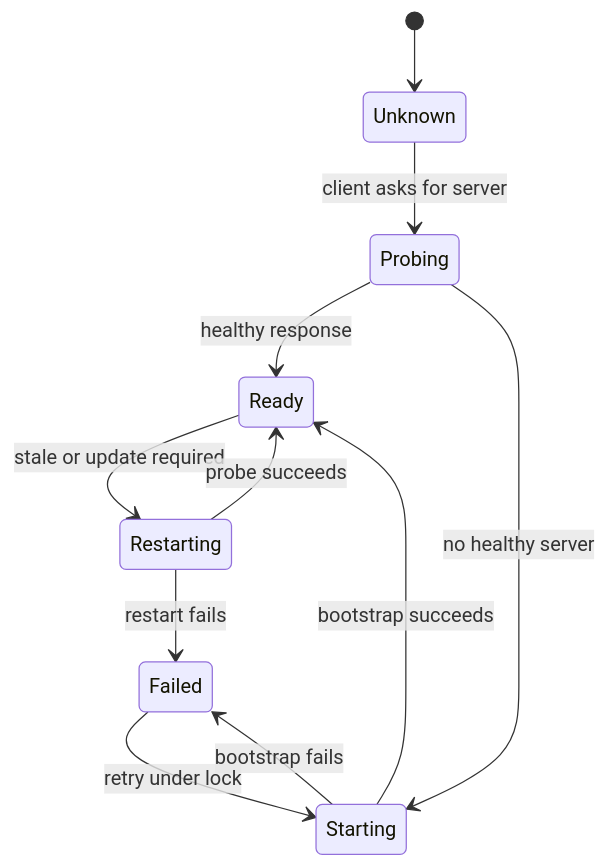
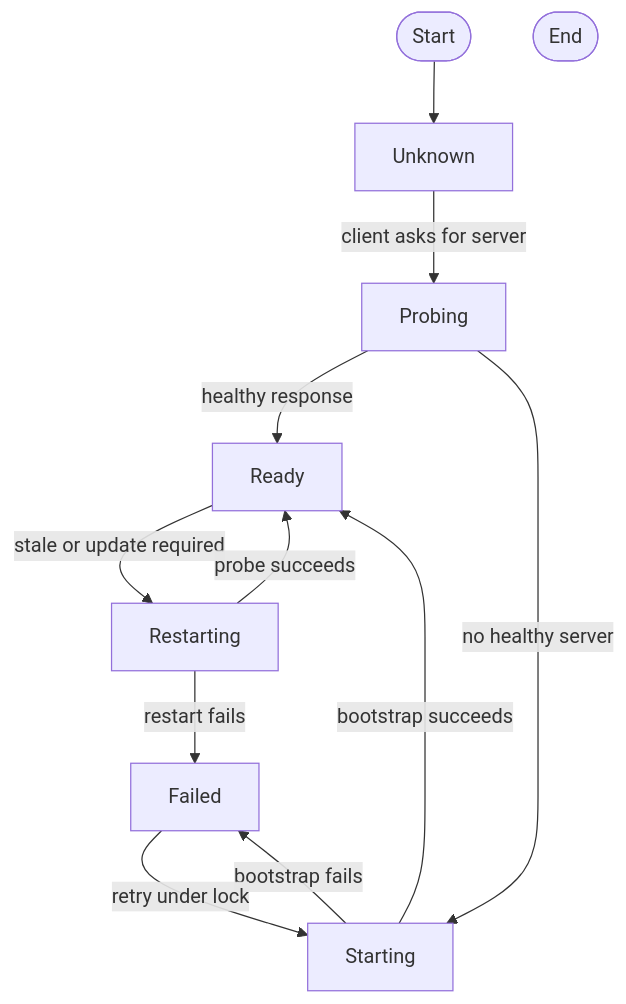
The second of 3 diagrams in docs/codex-from-source/chapter-15.md (WineChord/books), drawn with Mermaid before and after one commit. The commit also changed other lines of this file and 101 other files, not shown here.

````diff
--- a/docs/codex-from-source/chapter-15.md
+++ b/docs/codex-from-source/chapter-15.md
@@ -179,13 +162,15 @@
 ```mermaid
-stateDiagram-v2
-    [*] --> Unknown
-    Unknown --> Probing: client asks for server
-    Probing --> Ready: healthy response
-    Probing --> Starting: no healthy server
-    Starting --> Ready: bootstrap succeeds
-    Starting --> Failed: bootstrap fails
-    Ready --> Restarting: stale or update required
-    Restarting --> Ready: probe succeeds
-    Restarting --> Failed: restart fails
-    Failed --> Starting: retry under lock
+flowchart TD
+    StartState([Start])
+    EndState([End])
+    StartState --> Unknown
+    Unknown -->|client asks for server| Probing
+    Probing -->|healthy response| Ready
+    Probing -->|no healthy server| Starting
+    Starting -->|bootstrap succeeds| Ready
+    Starting -->|bootstrap fails| Failed
+    Ready -->|stale or update required| Restarting
+    Restarting -->|probe succeeds| Ready
+    Restarting -->|restart fails| Failed
+    Failed -->|retry under lock| Starting
 ```
````
